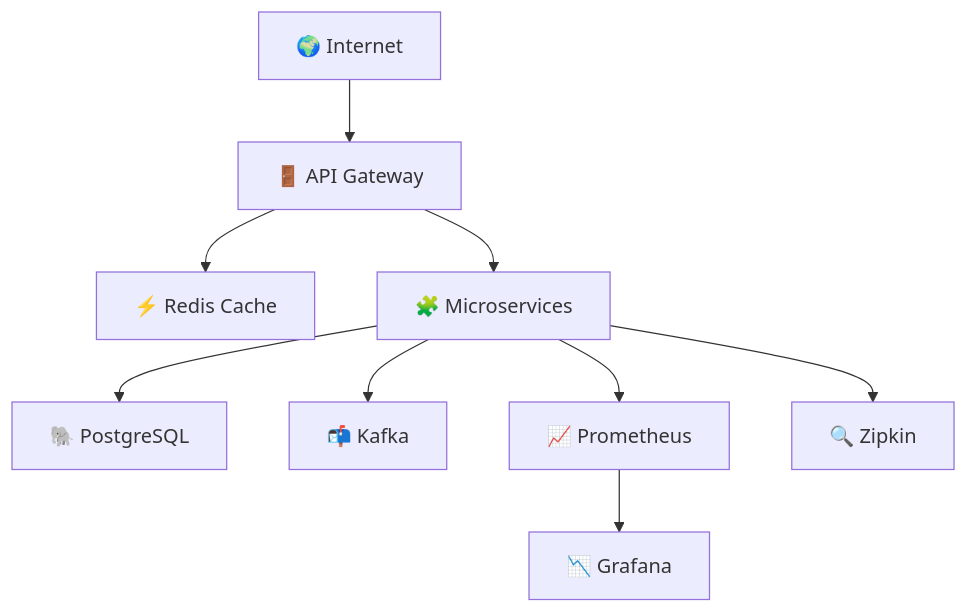
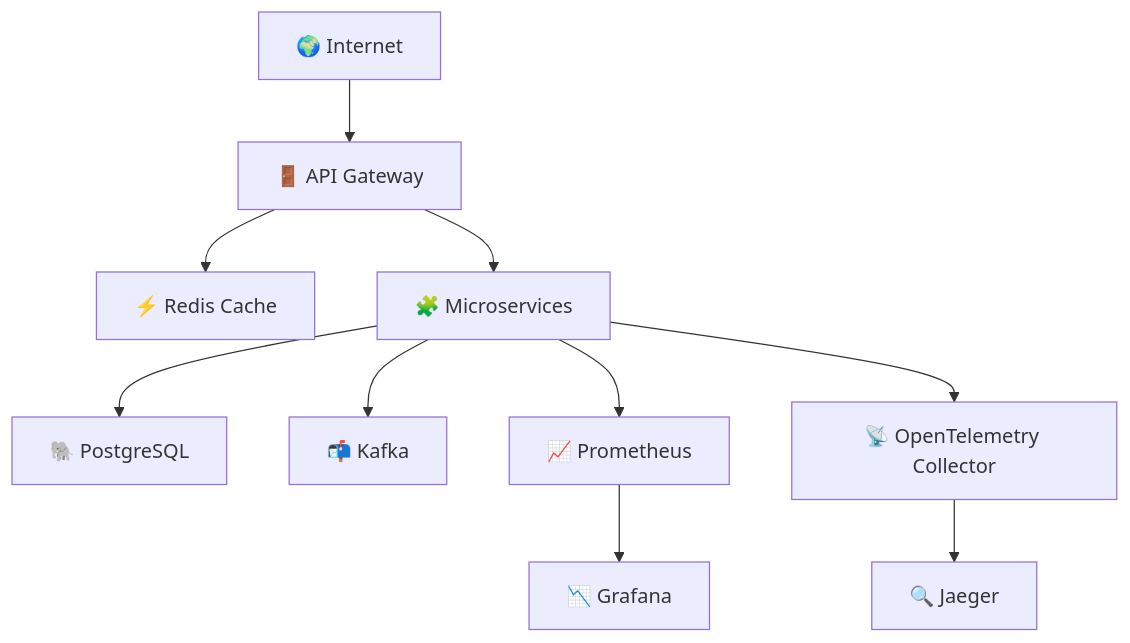
The eighth of 11 diagrams in docs/architecture/README.md (yashwan7/cloud-native-api-gateway), drawn with Mermaid before and after one commit. The commit also changed other lines of this file and 2 other files, not shown here.

````diff
--- a/docs/architecture/README.md
+++ b/docs/architecture/README.md
@@ -256,11 +226,12 @@
 ```mermaid
 flowchart TB
     Internet["🌍 Internet"] --> Gateway["🚪 API Gateway"]
     Gateway --> Redis["⚡ Redis Cache"]
     Gateway --> Services["🧩 Microservices"]
     Services --> Postgres["🐘 PostgreSQL"]
     Services --> Kafka["📬 Kafka"]
     Services --> Prometheus["📈 Prometheus"]
     Prometheus --> Grafana["📉 Grafana"]
-    Services --> Zipkin["🔍 Zipkin"]
+    Services --> OtelCollector["📡 OpenTelemetry Collector"]
+    OtelCollector --> Jaeger["🔍 Jaeger"]
 ```
````
